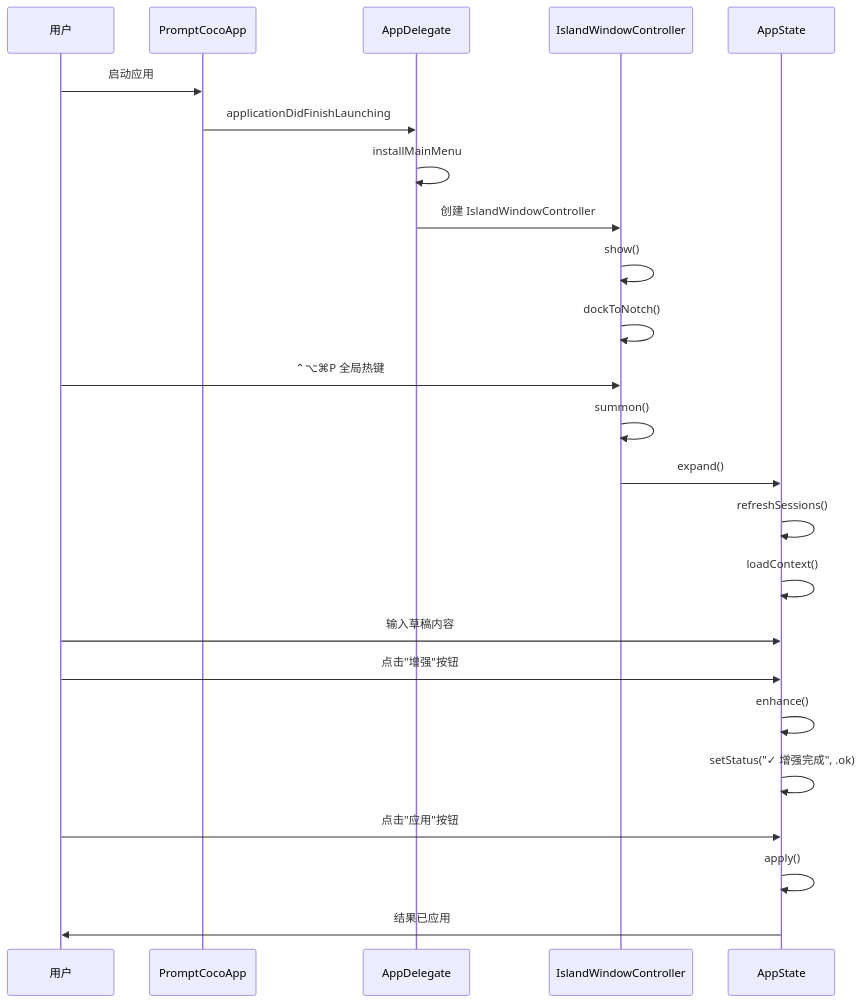
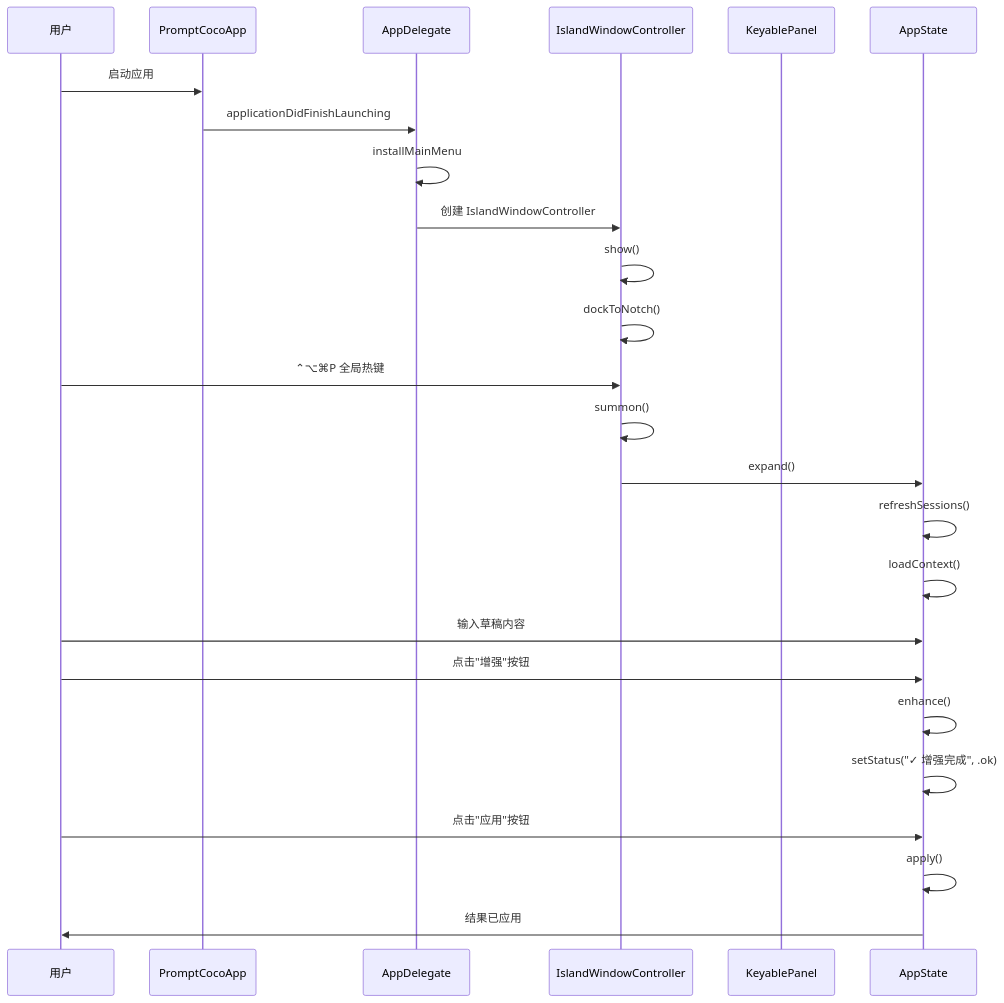
Before and after one commit to WyRainBow/PromptCocoPilot: the fourth of 14 diagrams in .qoder/repowiki/zh/content/核心架构/浮动窗口系统.md, drawn with Mermaid. The commit also changed other lines of this file and 57 other files, not shown here.

````diff
--- a/.qoder/repowiki/zh/content/核心架构/浮动窗口系统.md
+++ b/.qoder/repowiki/zh/content/核心架构/浮动窗口系统.md
@@ -279,26 +296,27 @@
 ```mermaid
 sequenceDiagram
 participant U as 用户
 participant APP as PromptCocoApp
 participant DC as AppDelegate
 participant C as IslandWindowController
+participant KP as KeyablePanel
 participant S as AppState
 U->>APP : 启动应用
 APP->>DC : applicationDidFinishLaunching
 DC->>DC : installMainMenu
 DC->>C : 创建 IslandWindowController
 C->>C : show()
 C->>C : dockToNotch()
 U->>C : ⌃⌥⌘P 全局热键
 C->>C : summon()
 C->>S : expand()
 S->>S : refreshSessions()
 S->>S : loadContext()
 U->>S : 输入草稿内容
 U->>S : 点击"增强"按钮
 S->>S : enhance()
 S->>S : setStatus("✓ 增强完成", .ok)
 U->>S : 点击"应用"按钮
 S->>S : apply()
 S->>U : 结果已应用
 ```
````
